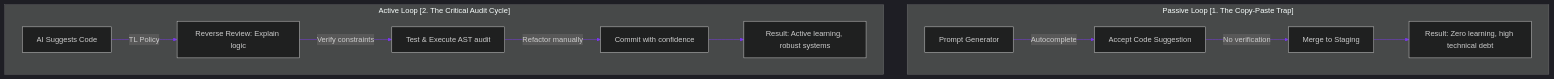
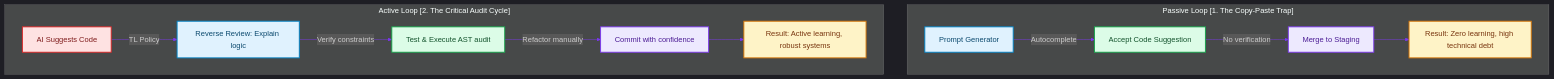
The diagram in blog/posts/team-lead-fighting-cognitive-rot-mentorship.md (akmalkhaniub/akmalkhaniub.github.io), drawn with Mermaid before and after one commit. The commit also changed other lines of this file and 1291 other files, not shown here.

First line of the commit message:
feat(catalog): unique covers, scholarly references, and diagram palettes

````diff
--- a/blog/posts/team-lead-fighting-cognitive-rot-mentorship.md
+++ b/blog/posts/team-lead-fighting-cognitive-rot-mentorship.md
@@ -18,16 +18,27 @@
 ```mermaid
 %%{init: {'theme': 'dark', 'themeVariables': { 'primaryColor': '#7c3aed', 'primaryTextColor': '#f3f4f6', 'primaryBorderColor': '#a78bfa', 'lineColor': '#7c3aed', 'secondaryColor': '#111827', 'tertiaryColor': '#0b0f19'}}}%%
 flowchart TD
     subgraph SG1_PassiveLoop1 ["Passive Loop [1. The Copy-Paste Trap]"]
-        C1[Prompt Generator] -->|Autocomplete| C2[Accept Code Suggestion]
-        C2 -->|No verification| C3[Merge to Staging]
-        C3 --> note1[Result: Zero learning, high technical debt]
+        C1["Prompt Generator"] -->|Autocomplete| C2["Accept Code Suggestion"]
+        C2 -->|No verification| C3["Merge to Staging"]
+        C3 --> note1["Result: Zero learning, high technical debt"]
     end
 
     subgraph SG2_ActiveLoop2 ["Active Loop [2. The Critical Audit Cycle]"]
-        A1[AI Suggests Code] -->|TL Policy| A2[Reverse Review: Explain logic]
-        A2 -->|Verify constraints| A3[Test & Execute AST audit]
-        A3 -->|Refactor manually| A4[Commit with confidence]
-        A4 --> note2[Result: Active learning, robust systems]
+        A1["AI Suggests Code"] -->|TL Policy| A2["Reverse Review: Explain logic"]
+        A2 -->|Verify constraints| A3["Test & Execute AST audit"]
+        A3 -->|Refactor manually| A4["Commit with confidence"]
+        A4 --> note2["Result: Active learning, robust systems"]
     end
+
+classDef green fill:#dcfce7,stroke:#16a34a,stroke-width:2px,color:#14532d;
+classDef red fill:#fee2e2,stroke:#dc2626,stroke-width:2px,color:#7f1d1d;
+classDef blue fill:#e0f2fe,stroke:#0284c7,stroke-width:2px,color:#0c4a6e;
+classDef yellow fill:#fef3c7,stroke:#d97706,stroke-width:2px,color:#78350f;
+classDef purple fill:#ede9fe,stroke:#7c3aed,stroke-width:2px,color:#4c1d95;
+class C1,A2 blue
+class C2,A3 green
+class C3,A4 purple
+class note1,note2 yellow
+class A1 red
 ```
````
